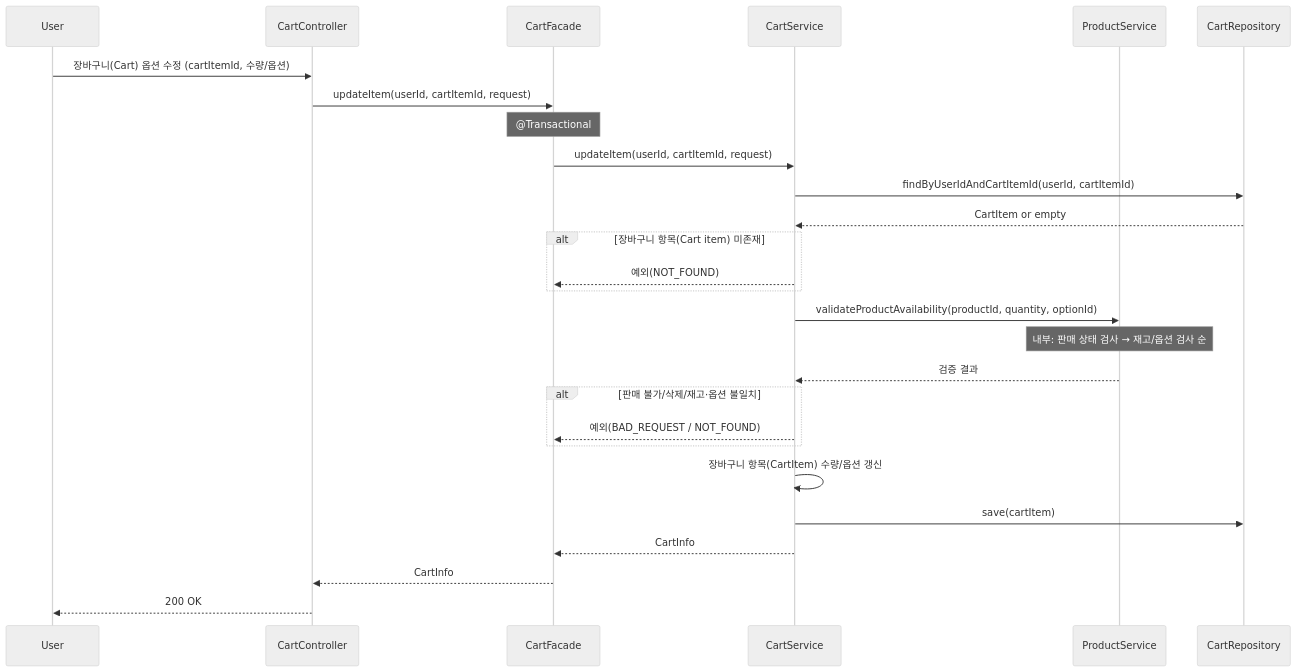
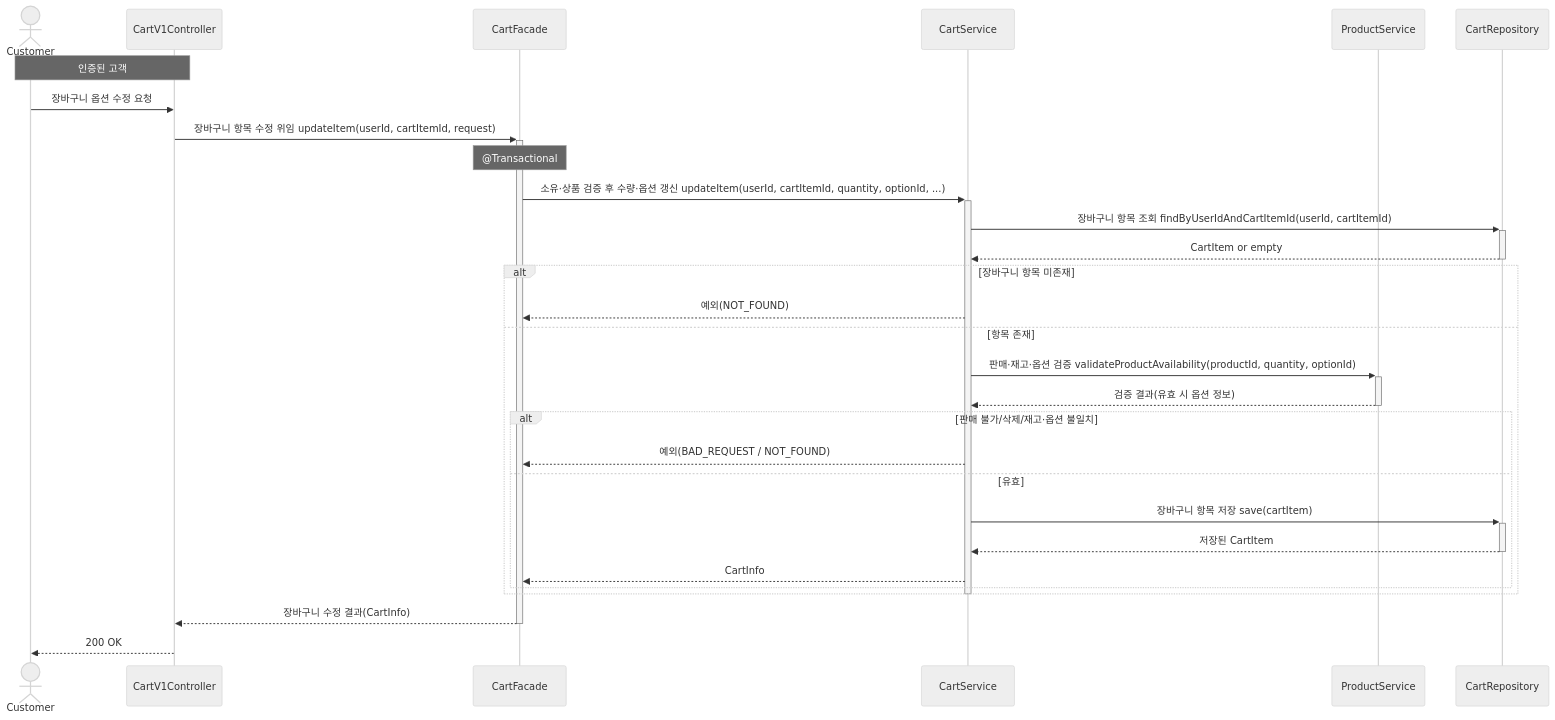
One commit to Loopers-dev-lab/loop-pack-be-l2-vol3-java changed the sixth of 8 diagrams in .docs/design/02-sequence-diagrams.md. Above: the diagram before and after it, drawn with Mermaid (neutral theme). The commit also changed other lines of this file and 3 other files, not shown here.

````diff
--- a/.docs/design/02-sequence-diagrams.md
+++ b/.docs/design/02-sequence-diagrams.md
@@ -169,33 +236,35 @@
 ```mermaid
 sequenceDiagram
-    participant User
-    participant CartController
-    participant CartFacade
+    actor Customer
+    participant Controller as CartV1Controller
+    participant Facade as CartFacade
     participant CartService
     participant ProductService
     participant CartRepository
 
-    User->>CartController: 장바구니(Cart) 옵션 수정 (cartItemId, 수량/옵션)
-    CartController->>CartFacade: updateItem(userId, cartItemId, request)
-    Note over CartFacade: @Transactional
-    CartFacade->>CartService: updateItem(userId, cartItemId, request)
+    Note over Customer, Controller: 인증된 고객
+    Customer->>Controller: 장바구니 옵션 수정 요청
 
-    CartService->>CartRepository: findByUserIdAndCartItemId(userId, cartItemId)
-    CartRepository-->>CartService: CartItem or empty
-    alt 장바구니 항목(Cart item) 미존재
-        CartService-->>CartFacade: 예외(NOT_FOUND)
+    Controller->>+Facade: 장바구니 항목 수정 위임 updateItem(userId, cartItemId, request)
+    Note over Facade: @Transactional
+    Facade->>+CartService: 소유·상품 검증 후 수량·옵션 갱신 updateItem(userId, cartItemId, quantity, optionId, ...)
+
+    CartService->>+CartRepository: 장바구니 항목 조회 findByUserIdAndCartItemId(userId, cartItemId)
+    CartRepository-->>-CartService: CartItem or empty
+    alt 장바구니 항목 미존재
+        CartService-->>Facade: 예외(NOT_FOUND)
+    else 항목 존재
+        CartService->>+ProductService: 판매·재고·옵션 검증 validateProductAvailability(productId, quantity, optionId)
+        ProductService-->>-CartService: 검증 결과(유효 시 옵션 정보)
+        alt 판매 불가/삭제/재고·옵션 불일치
+            CartService-->>Facade: 예외(BAD_REQUEST / NOT_FOUND)
+        else 유효
+            CartService->>+CartRepository: 장바구니 항목 저장 save(cartItem)
+            CartRepository-->>-CartService: 저장된 CartItem
+            CartService-->>Facade: CartInfo
+        end
     end
-
-    CartService->>ProductService: validateProductAvailability(productId, quantity, optionId)
-    Note over ProductService: 내부: 판매 상태 검사 → 재고/옵션 검사 순
-    ProductService-->>CartService: 검증 결과
-    alt 판매 불가/삭제/재고·옵션 불일치
-        CartService-->>CartFacade: 예외(BAD_REQUEST / NOT_FOUND)
-    end
-
-    CartService->>CartService: 장바구니 항목(CartItem) 수량/옵션 갱신
-    CartService->>CartRepository: save(cartItem)
-    CartService-->>CartFacade: CartInfo
-    CartFacade-->>CartController: CartInfo
-    CartController-->>User: 200 OK
+    deactivate CartService
+    Facade-->>-Controller: 장바구니 수정 결과(CartInfo)
+    Controller-->>Customer: 200 OK
 ```
````
